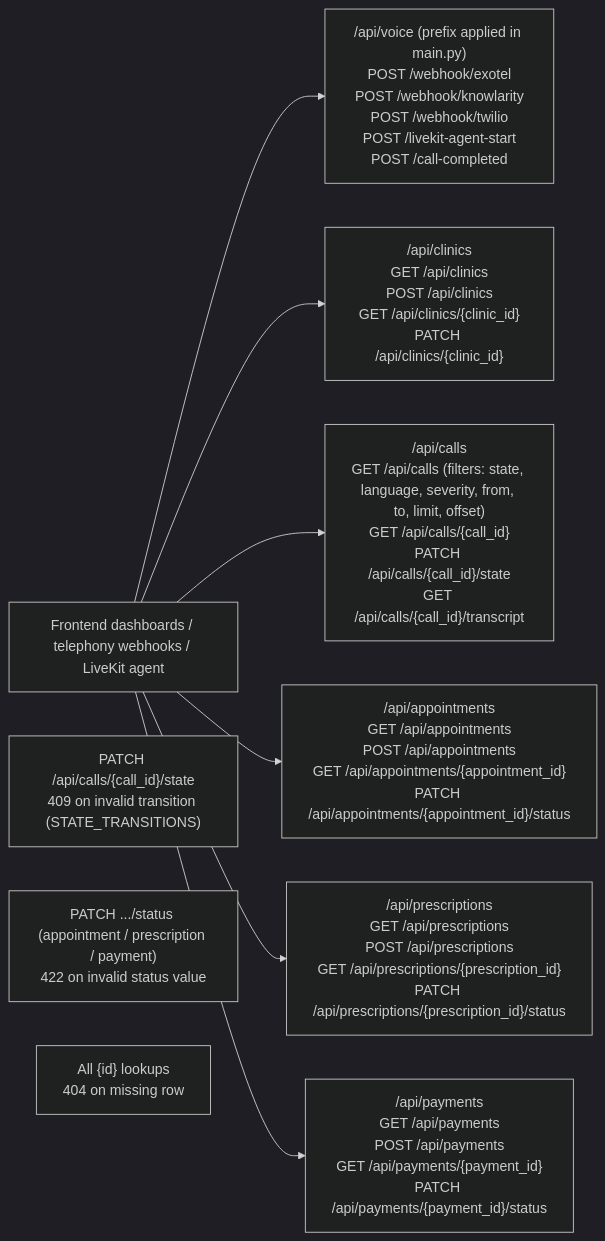
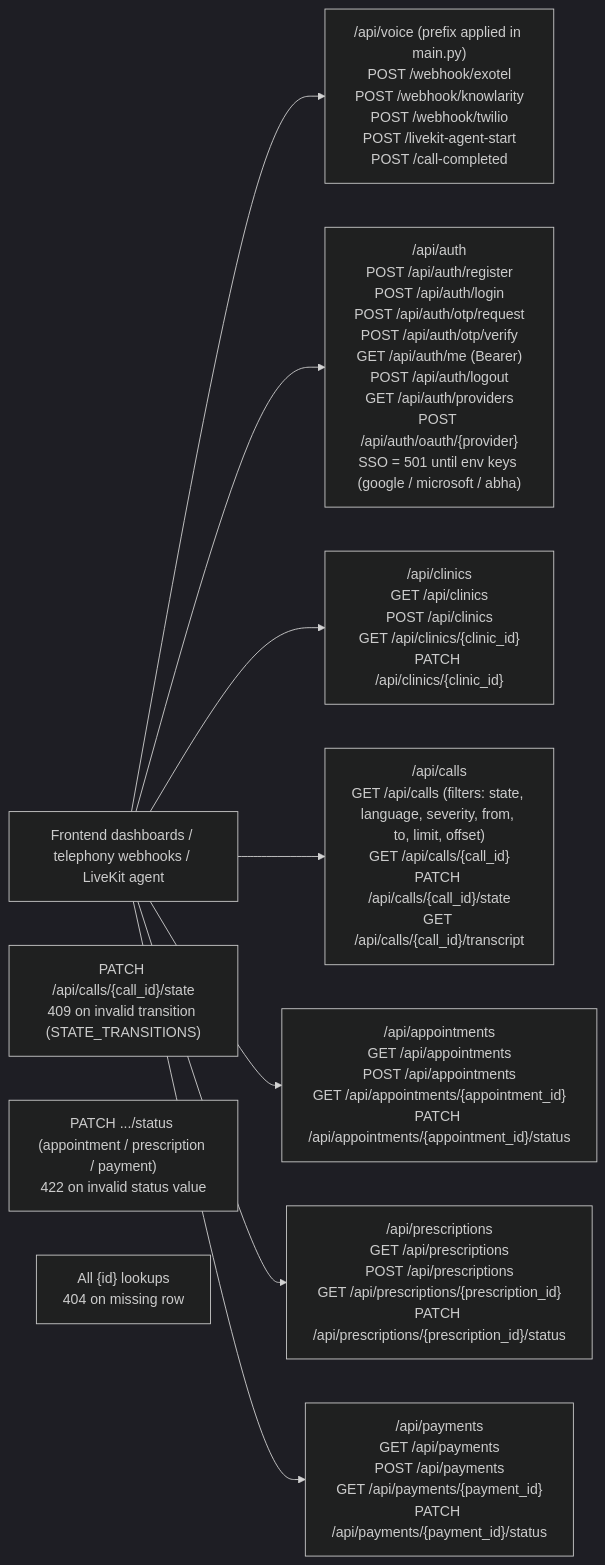
The diagram in docs/uml/03-api-contracts.md (ajayspi/MediCall-AI), drawn with Mermaid (dark theme) before and after one commit. The commit also changed other lines of this file and 18 other files, not shown here.

Commit message:
feat(auth): AuthN/Z core + local-schema repair (G6-Q1) - PBKDF2/OTP/JWT service, users table + auth.uid() RLS, auth router (register/login/otp/me + gated SSO), frontend login+guard, UML corollary - GREEN 222/222, lint 0, next build exit 0

````diff
--- a/docs/uml/03-api-contracts.md
+++ b/docs/uml/03-api-contracts.md
@@ -3,20 +3,22 @@
 ```mermaid
 flowchart LR
     Client["Frontend dashboards / telephony webhooks / LiveKit agent"] --> Voice
+    Client --> Auth
     Client --> Clinics
     Client --> Calls
     Client --> Appointments
     Client --> Prescriptions
     Client --> Payments
 
+    Auth["/api/auth<br/>POST /api/auth/register<br/>POST /api/auth/login<br/>POST /api/auth/otp/request<br/>POST /api/auth/otp/verify<br/>GET /api/auth/me (Bearer)<br/>POST /api/auth/logout<br/>GET /api/auth/providers<br/>POST /api/auth/oauth/{provider}<br/>SSO = 501 until env keys (google / microsoft / abha)"]
     Voice["/api/voice (prefix applied in main.py)<br/>POST /webhook/exotel<br/>POST /webhook/knowlarity<br/>POST /webhook/twilio<br/>POST /livekit-agent-start<br/>POST /call-completed"]
     Clinics["/api/clinics<br/>GET /api/clinics<br/>POST /api/clinics<br/>GET /api/clinics/{clinic_id}<br/>PATCH /api/clinics/{clinic_id}"]
     Calls["/api/calls<br/>GET /api/calls (filters: state, language, severity, from, to, limit, offset)<br/>GET /api/calls/{call_id}<br/>PATCH /api/calls/{call_id}/state<br/>GET /api/calls/{call_id}/transcript"]
     Appointments["/api/appointments<br/>GET /api/appointments<br/>POST /api/appointments<br/>GET /api/appointments/{appointment_id}<br/>PATCH /api/appointments/{appointment_id}/status"]
     Prescriptions["/api/prescriptions<br/>GET /api/prescriptions<br/>POST /api/prescriptions<br/>GET /api/prescriptions/{prescription_id}<br/>PATCH /api/prescriptions/{prescription_id}/status"]
     Payments["/api/payments<br/>GET /api/payments<br/>POST /api/payments<br/>GET /api/payments/{payment_id}<br/>PATCH /api/payments/{payment_id}/status"]
 
     StateGuard["PATCH /api/calls/{call_id}/state<br/>409 on invalid transition (STATE_TRANSITIONS)"]
     StatusGuard["PATCH .../status (appointment / prescription / payment)<br/>422 on invalid status value"]
     NotFound["All {id} lookups<br/>404 on missing row"]
 ```
````
